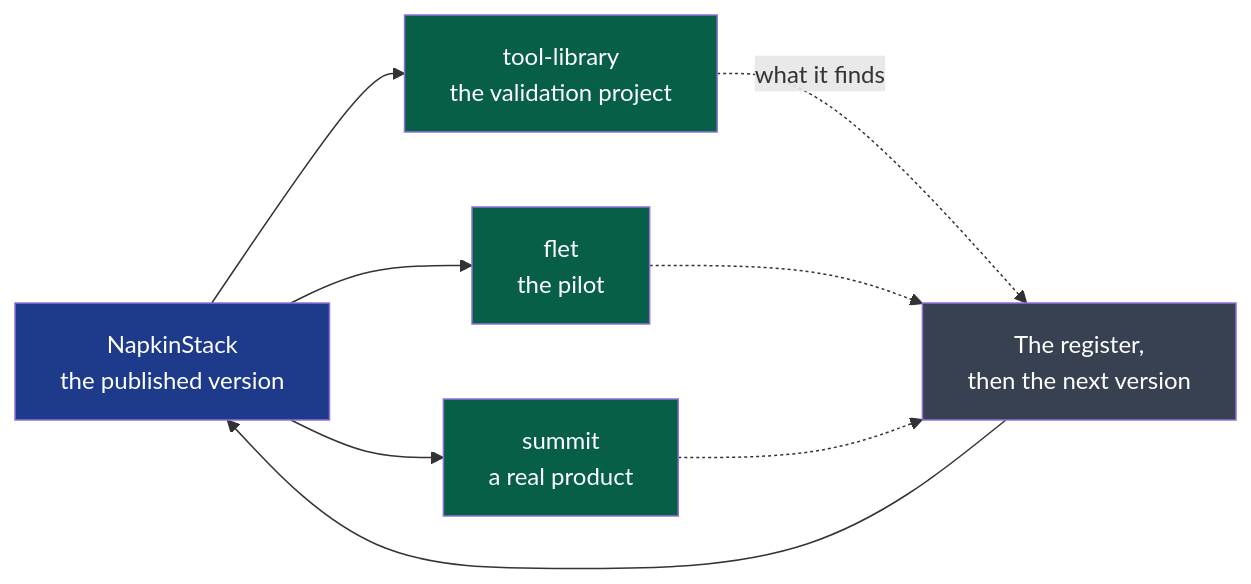
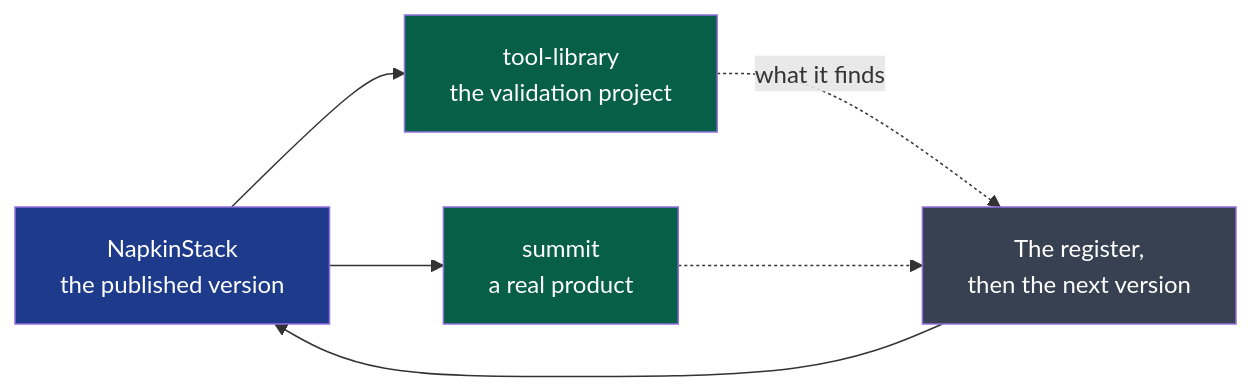
Before and after one commit to NapkinStack/engineering-os: the second of 2 diagrams in PRODUCT.md, drawn with Mermaid. The commit also changed other lines of this file and 3 other files, not shown here.

````diff
--- a/PRODUCT.md
+++ b/PRODUCT.md
@@ -198,14 +198,12 @@
 ```mermaid
 flowchart LR
     F["NapkinStack<br/>the published version"]:::fw --> T["tool-library<br/>the validation project"]:::pr
-    F --> P["flet<br/>the pilot"]:::pr
     F --> S["summit<br/>a real product"]:::pr
     T -.->|"what it finds"| R["The register,<br/>then the next version"]:::rec
-    P -.-> R
     S -.-> R
     R --> F
 
     classDef fw fill:#1e3a8a,color:#fff
     classDef pr fill:#065f46,color:#fff
     classDef rec fill:#374151,color:#fff
 ```
````
